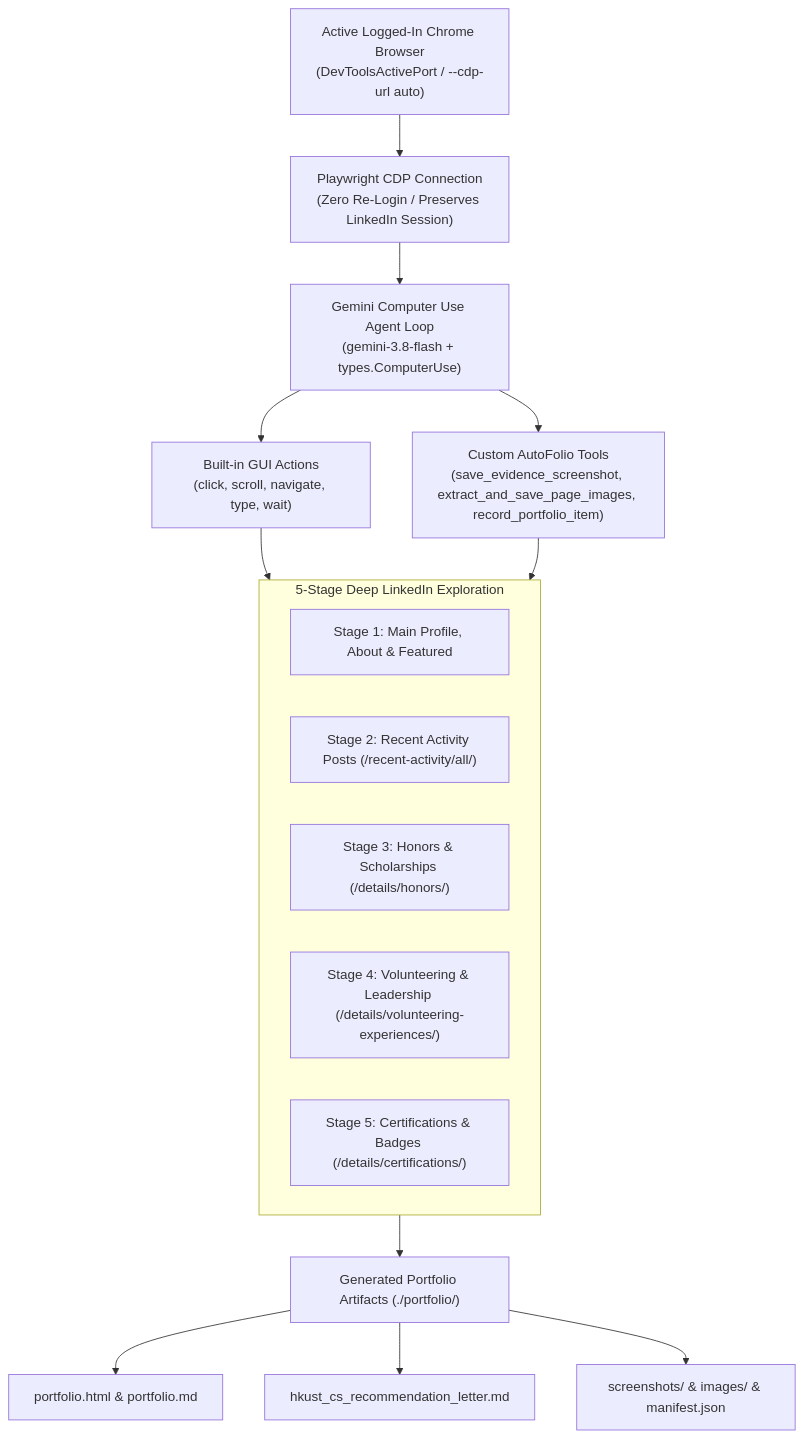
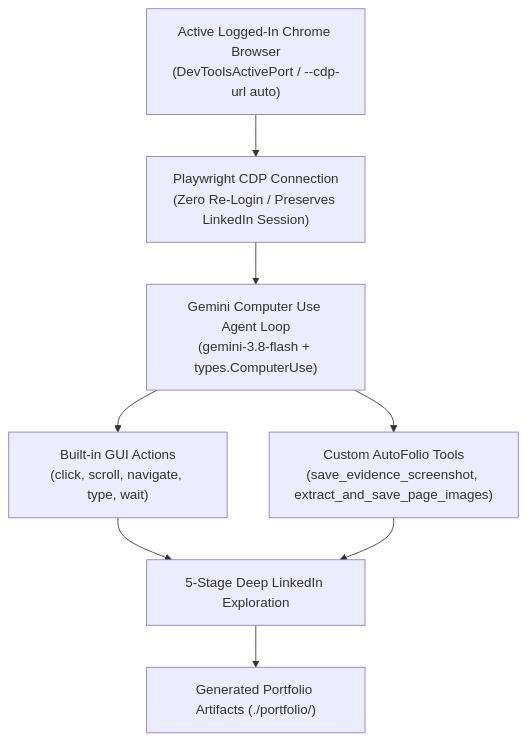
One commit to wongcyrus/gemini-computer-use-linkedin-autofolio changed the diagram in README.md. Above: the diagram before and after it, drawn with Mermaid. The commit also changed other lines of this file and 7 other files, not shown here.

Commit message:
docs: replace raw Mermaid blocks with high-res Google Cloud Architecture Center styled diagram cards

````diff
--- a/README.md
+++ b/README.md
@@ -45,20 +47,10 @@
 ```mermaid
 flowchart TD
     A["Active Logged-In Chrome Browser\n(DevToolsActivePort / --cdp-url auto)"] --> B["Playwright CDP Connection\n(Zero Re-Login / Preserves LinkedIn Session)"]
     B --> C["Gemini Computer Use Agent Loop\n(gemini-3.8-flash + types.ComputerUse)"]
-    C --> D["Built-in GUI Actions\n(click, scroll, navigate, type, wait)"]
-    C --> E["Custom AutoFolio Tools\n(save_evidence_screenshot, extract_and_save_page_images, record_portfolio_item)"]
-    D --> F["5-Stage Deep LinkedIn Exploration"]
-    E --> F
-    subgraph F["5-Stage Deep LinkedIn Exploration"]
-        F1["Stage 1: Main Profile, About & Featured"]
-        F2["Stage 2: Recent Activity Posts (/recent-activity/all/)"]
-        F3["Stage 3: Honors & Scholarships (/details/honors/)"]
-        F4["Stage 4: Volunteering & Leadership (/details/volunteering-experiences/)"]
-        F5["Stage 5: Certifications & Badges (/details/certifications/)"]
-    end
+    D["Built-in GUI Actions\n(click, scroll, navigate, type, wait)"] --> F["5-Stage Deep LinkedIn Exploration"]
+    E["Custom AutoFolio Tools\n(save_evidence_screenshot, extract_and_save_page_images)"] --> F
+    C --> D
+    C --> E
     F --> G["Generated Portfolio Artifacts (./portfolio/)"]
-    G --> G1["portfolio.html & portfolio.md"]
-    G --> G2["hkust_cs_recommendation_letter.md"]
-    G --> G3["screenshots/ & images/ & manifest.json"]
 ```
````
